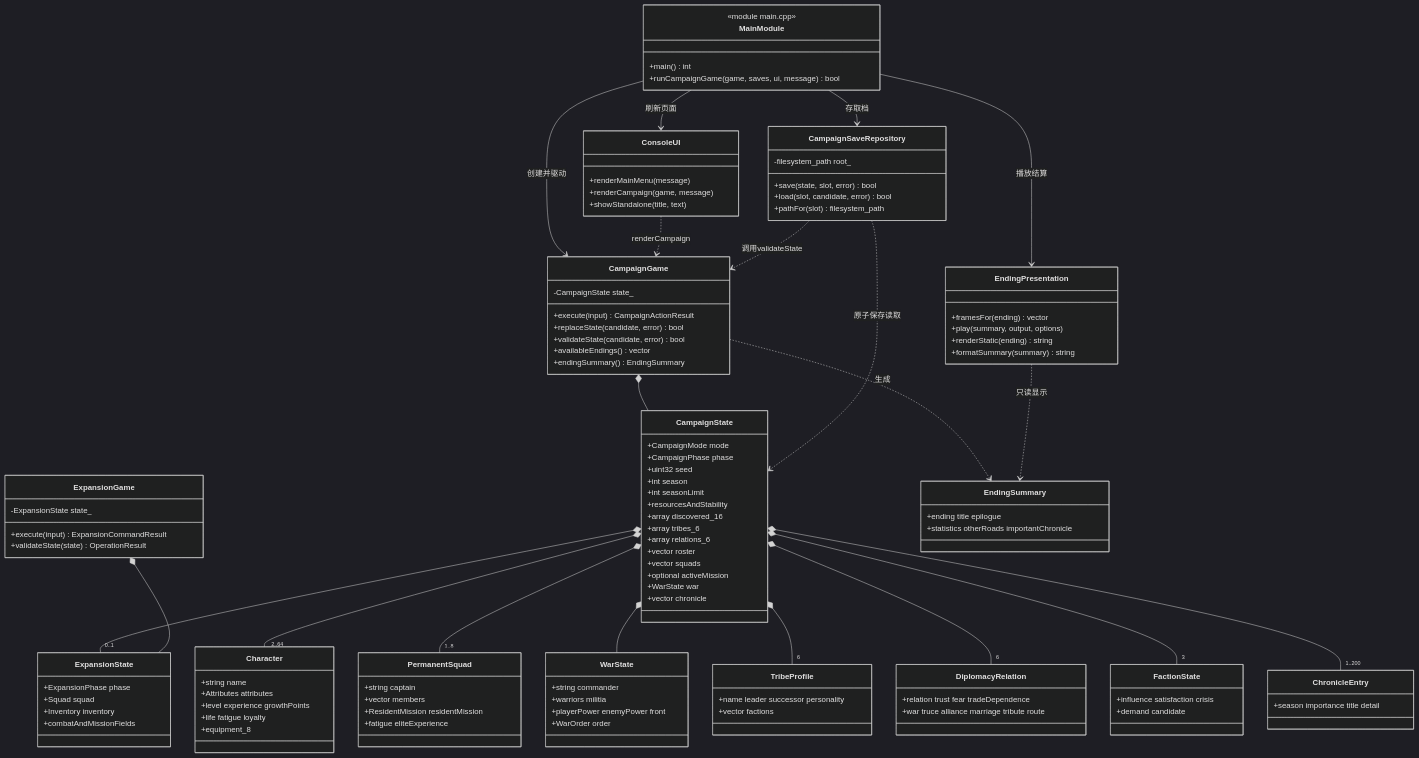
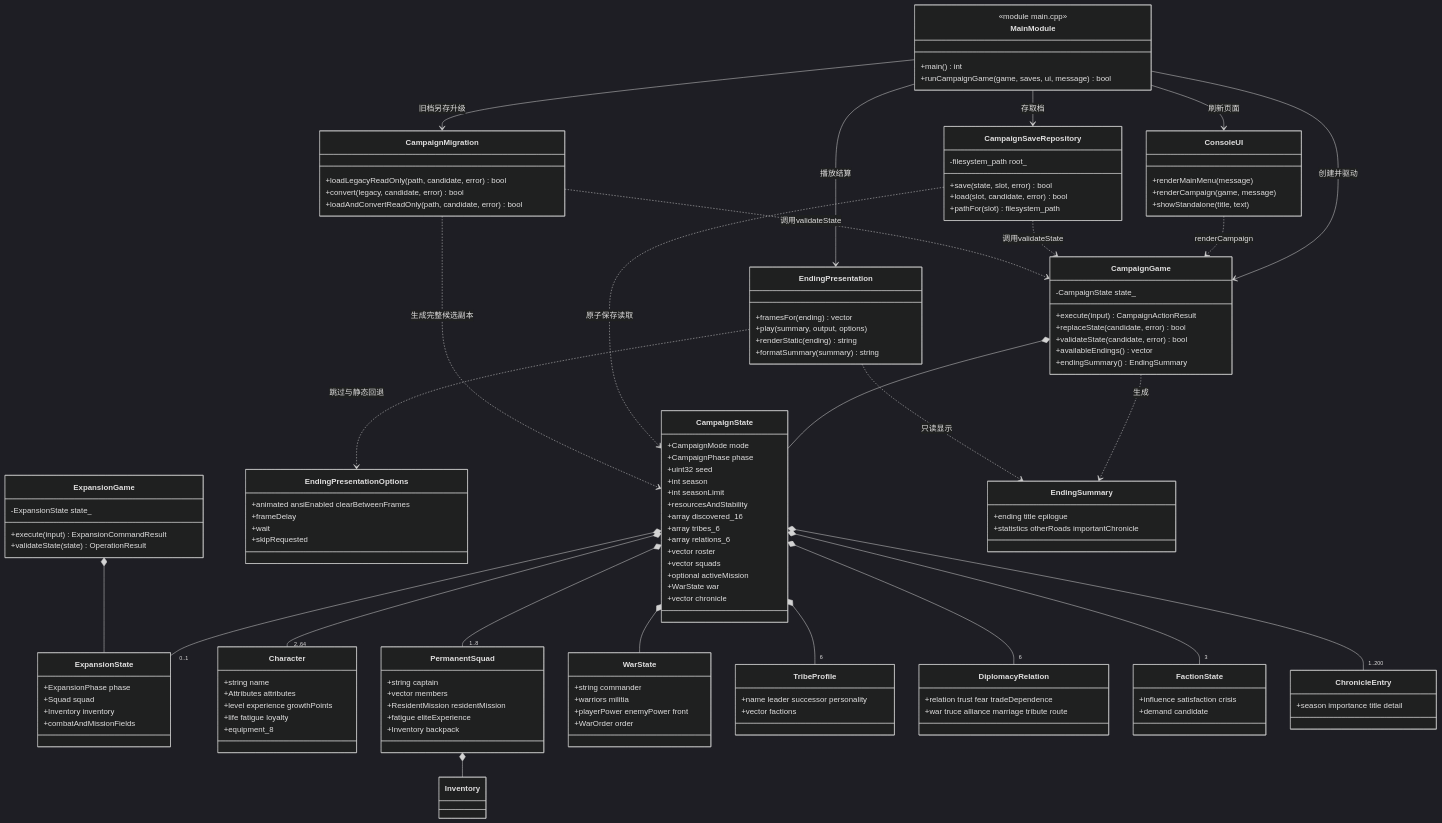
Before and after one commit to gs8-79/new-game: the diagram in formal/docs/diagrams/expanded/03-class-diagram-expanded.mmd, drawn with Mermaid (dark theme). The commit also changed 62 other files, not shown here.

```diff
--- a/formal/docs/diagrams/expanded/03-class-diagram-expanded.mmd
+++ b/formal/docs/diagrams/expanded/03-class-diagram-expanded.mmd
@@ -1,116 +1,133 @@
 classDiagram
     class MainModule {
       <<module main.cpp>>
       +main() int
       +runCampaignGame(game, saves, ui, message) bool
     }
     class ConsoleUI {
       +renderMainMenu(message)
       +renderCampaign(game, message)
       +showStandalone(title, text)
     }
     class CampaignGame {
       -CampaignState state_
       +execute(input) CampaignActionResult
       +replaceState(candidate, error) bool
       +validateState(candidate, error) bool
       +availableEndings() vector
       +endingSummary() EndingSummary
     }
     class CampaignState {
       +CampaignMode mode
       +CampaignPhase phase
       +uint32 seed
       +int season
       +int seasonLimit
       +resourcesAndStability
       +array discovered_16
       +array tribes_6
       +array relations_6
       +vector roster
       +vector squads
       +optional activeMission
       +WarState war
       +vector chronicle
     }
     class CampaignSaveRepository {
       -filesystem_path root_
       +save(state, slot, error) bool
       +load(slot, candidate, error) bool
       +pathFor(slot) filesystem_path
     }
+    class CampaignMigration {
+      +loadLegacyReadOnly(path, candidate, error) bool
+      +convert(legacy, candidate, error) bool
+      +loadAndConvertReadOnly(path, candidate, error) bool
+    }
     class EndingPresentation {
       +framesFor(ending) vector
       +play(summary, output, options)
       +renderStatic(ending) string
       +formatSummary(summary) string
+    }
+    class EndingPresentationOptions {
+      +animated ansiEnabled clearBetweenFrames
+      +frameDelay
+      +wait
+      +skipRequested
     }
     class ExpansionGame {
       -ExpansionState state_
       +execute(input) ExpansionCommandResult
       +validateState(state) OperationResult
     }
     class ExpansionState {
       +ExpansionPhase phase
       +Squad squad
       +Inventory inventory
       +combatAndMissionFields
     }
     class Character {
       +string name
       +Attributes attributes
       +level experience growthPoints
       +life fatigue loyalty
       +equipment_8
     }
     class PermanentSquad {
       +string captain
       +vector members
       +ResidentMission residentMission
       +fatigue eliteExperience
+      +Inventory backpack
     }
     class WarState {
       +string commander
       +warriors militia
       +playerPower enemyPower front
       +WarOrder order
     }
     class TribeProfile {
       +name leader successor personality
       +vector factions
     }
     class DiplomacyRelation {
       +relation trust fear tradeDependence
       +war truce alliance marriage tribute route
     }
     class FactionState {
       +influence satisfaction crisis
       +demand candidate
     }
     class ChronicleEntry {
       +season importance title detail
     }
     class EndingSummary {
       +ending title epilogue
       +statistics otherRoads importantChronicle
     }
 
     MainModule --> CampaignGame : 创建并驱动
     MainModule --> ConsoleUI : 刷新页面
     MainModule --> CampaignSaveRepository : 存取档
+    MainModule --> CampaignMigration : 旧档另存升级
     MainModule --> EndingPresentation : 播放结算
     ConsoleUI ..> CampaignGame : renderCampaign
     CampaignGame *-- CampaignState
     CampaignGame ..> EndingSummary : 生成
     CampaignSaveRepository ..> CampaignState : 原子保存读取
     CampaignSaveRepository ..> CampaignGame : 调用validateState
+    CampaignMigration ..> CampaignState : 生成完整候选副本
+    CampaignMigration ..> CampaignGame : 调用validateState
     EndingPresentation ..> EndingSummary : 只读显示
+    EndingPresentation ..> EndingPresentationOptions : 跳过与静态回退
     CampaignState *-- "0..1" ExpansionState
     ExpansionGame *-- ExpansionState
     CampaignState *-- "2..64" Character
     CampaignState *-- "1..8" PermanentSquad
+    PermanentSquad *-- Inventory
     CampaignState *-- WarState
     CampaignState *-- "6" TribeProfile
     CampaignState *-- "6" DiplomacyRelation
     CampaignState *-- "3" FactionState
     CampaignState *-- "1..200" ChronicleEntry
```
